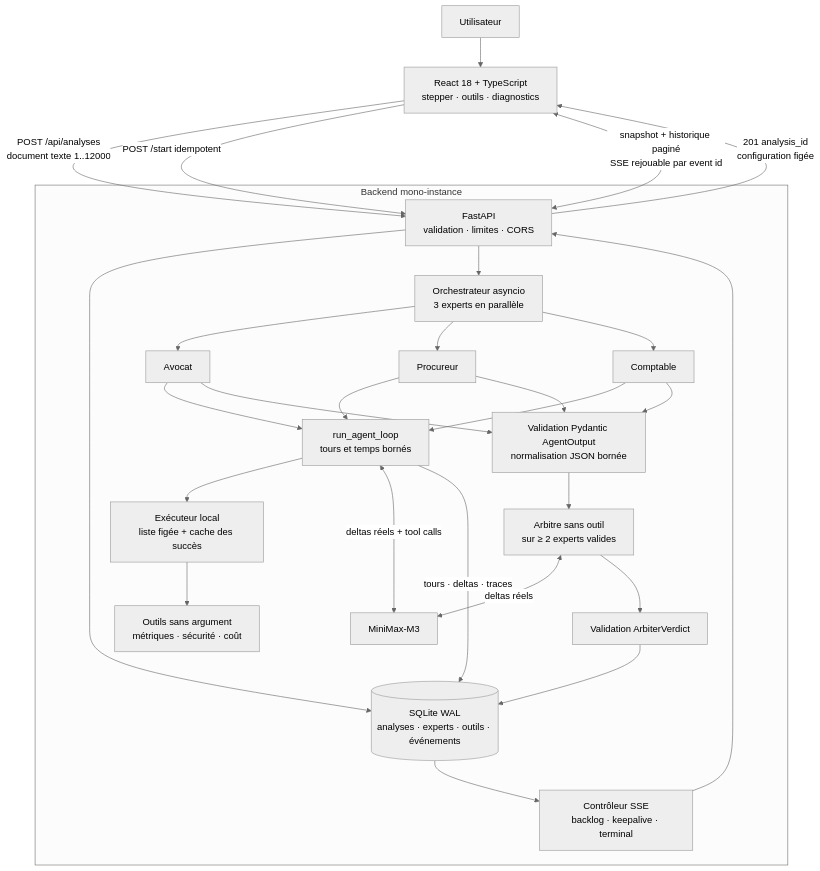
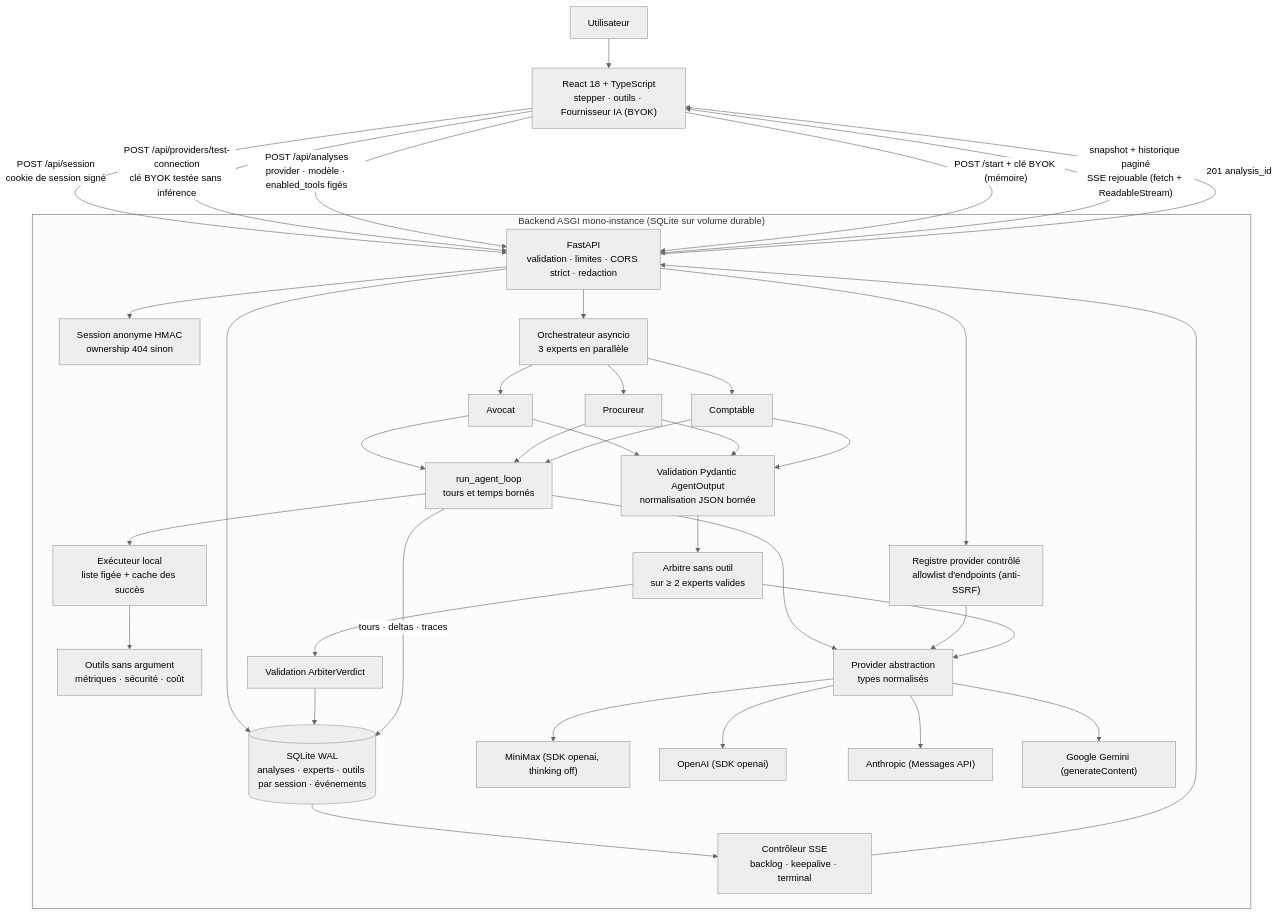
The diagram in architecture.mmd (Rwanbt/Holbertonschool-conclave), drawn with Mermaid (neutral theme) before and after one commit. The commit also changed 16 other files, not shown here.

```diff
--- a/architecture.mmd
+++ b/architecture.mmd
@@ -1,30 +1,39 @@
 flowchart TD
-    U["Utilisateur"] --> F["React 18 + TypeScript<br/>stepper · outils · diagnostics"]
-    F -->|"POST /api/analyses<br/>document texte 1..12000"| API["FastAPI<br/>validation · limites · CORS"]
-    API -->|"201 analysis_id<br/>configuration figée"| F
-    F -->|"POST /start idempotent"| API
-    F <-->|"snapshot + historique paginé<br/>SSE rejouable par event id"| API
+    U["Utilisateur"] --> F["React 18 + TypeScript<br/>stepper · outils · Fournisseur IA (BYOK)"]
+    F -->|"POST /api/session<br/>cookie de session signé"| API["FastAPI<br/>validation · limites · CORS strict · redaction"]
+    F -->|"POST /api/providers/test-connection<br/>clé BYOK testée sans inférence"| API
+    F -->|"POST /api/analyses<br/>provider · modèle · enabled_tools figés"| API
+    API -->|"201 analysis_id"| F
+    F -->|"POST /start + clé BYOK (mémoire)"| API
+    F <-->|"snapshot + historique paginé<br/>SSE rejouable (fetch + ReadableStream)"| API
 
-    subgraph BACK["Backend mono-instance"]
-        API --> DB[("SQLite WAL<br/>analyses · experts · outils · événements")]
+    subgraph BACK["Backend ASGI mono-instance (SQLite sur volume durable)"]
+        API --> DB[("SQLite WAL<br/>analyses · experts · outils par session · événements")]
+        API --> SESS["Session anonyme HMAC<br/>ownership 404 sinon"]
+        API --> REG["Registre provider contrôlé<br/>allowlist d'endpoints (anti-SSRF)"]
         API --> O["Orchestrateur asyncio<br/>3 experts en parallèle"]
         O --> A["Avocat"]
         O --> P["Procureur"]
         O --> C["Comptable"]
         A --> LOOP["run_agent_loop<br/>tours et temps bornés"]
         P --> LOOP
         C --> LOOP
         LOOP --> EXEC["Exécuteur local<br/>liste figée + cache des succès"]
         EXEC --> TOOLS["Outils sans argument<br/>métriques · sécurité · coût"]
-        LOOP <-->|"deltas réels + tool calls"| MM["MiniMax-M3"]
+        LOOP --> PA["Provider abstraction<br/>types normalisés"]
+        REG --> PA
+        PA --> MM["MiniMax (SDK openai, thinking off)"]
+        PA --> OAI["OpenAI (SDK openai)"]
+        PA --> ANT["Anthropic (Messages API)"]
+        PA --> GEM["Google Gemini (generateContent)"]
         A --> VAL["Validation Pydantic AgentOutput<br/>normalisation JSON bornée"]
         P --> VAL
         C --> VAL
         VAL --> R["Arbitre sans outil<br/>sur ≥ 2 experts valides"]
-        R <-->|"deltas réels"| MM
+        R --> PA
         R --> VERDICT["Validation ArbiterVerdict"]
         VERDICT --> DB
         LOOP -->|"tours · deltas · traces"| DB
         DB --> SSE["Contrôleur SSE<br/>backlog · keepalive · terminal"]
         SSE --> API
     end
```
